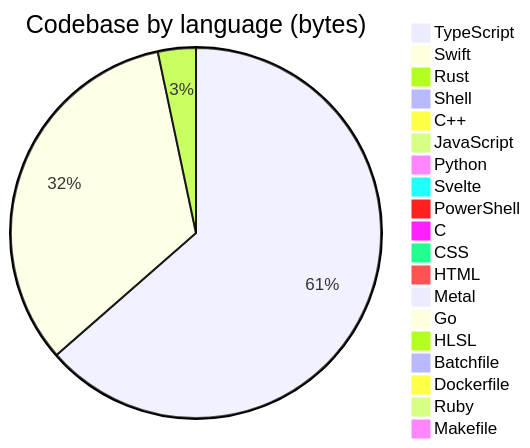
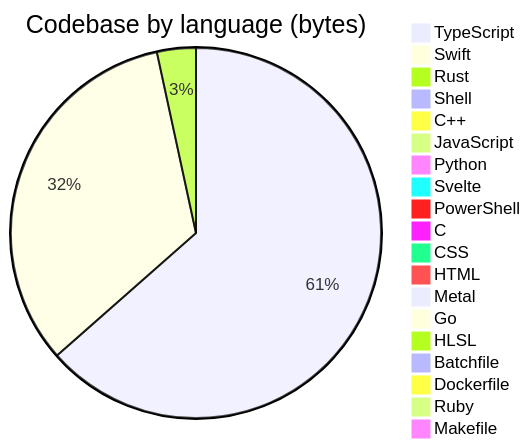
The diagram in profile/README.md (Open330/.github), drawn with Mermaid before and after one commit. The commit also changed other lines of this file, not shown here.

````diff
--- a/profile/README.md
+++ b/profile/README.md
@@ -131,22 +131,22 @@
 ```mermaid
 pie title Codebase by language (bytes)
     "TypeScript" : 34372299
-    "Swift" : 17917236
-    "Rust" : 1791060
+    "Swift" : 17918054
+    "Rust" : 1835380
     "Shell" : 475519
     "C++" : 388775
     "JavaScript" : 317974
     "Python" : 297585
     "Svelte" : 143451
     "PowerShell" : 128198
     "C" : 114143
     "CSS" : 107047
     "HTML" : 44303
     "Metal" : 33033
     "Go" : 22811
     "HLSL" : 7527
     "Batchfile" : 5870
     "Dockerfile" : 4893
     "Ruby" : 1554
     "Makefile" : 1150
 ```
````
